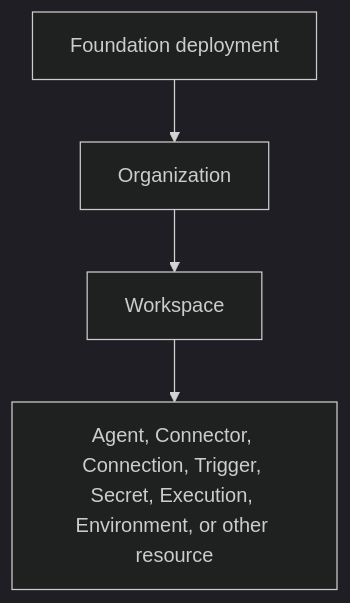
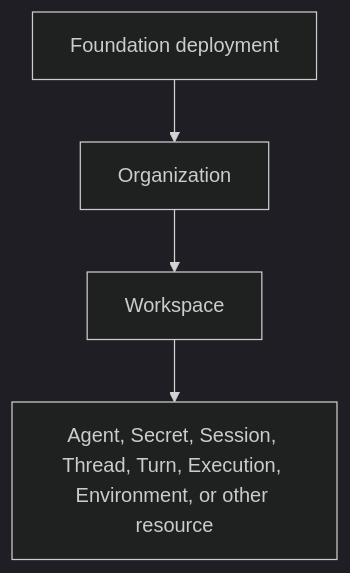
The diagram in spec/foundation-service/04-identity-and-access-management.md (converge-ai-labs/agent-foundation), drawn with Mermaid (dark theme) before and after one commit. The commit also changed other lines of this file and 5 other files, not shown here.

````diff
--- a/spec/foundation-service/04-identity-and-access-management.md
+++ b/spec/foundation-service/04-identity-and-access-management.md
@@ -24,9 +24,9 @@
 ```mermaid
 flowchart TB
     Deployment[Foundation deployment]
     Organization[Organization]
     Workspace[Workspace]
-    Resource[Agent, Connector, Connection, Trigger, Secret, Execution, Environment, or other resource]
+    Resource[Agent, Secret, Session, Thread, Turn, Execution, Environment, or other resource]
 
     Deployment --> Organization --> Workspace --> Resource
 ```
````
